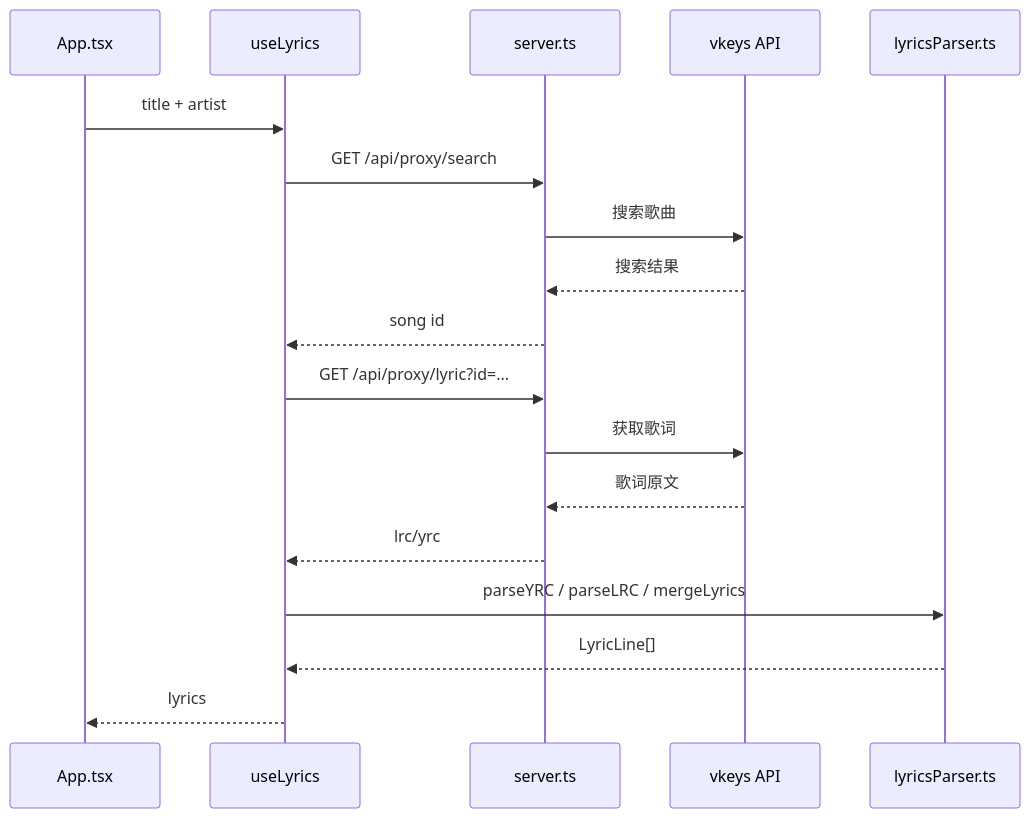
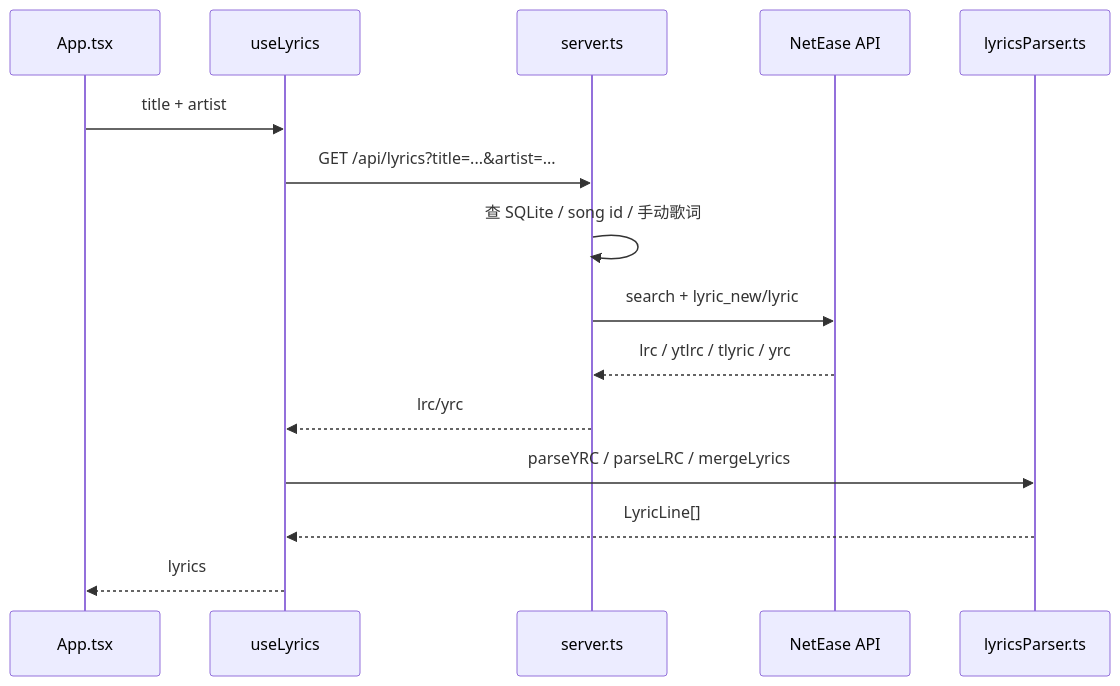
Before and after one commit to LingYuWings/Radiflow-Player: the fourth of 4 diagrams in DOCUMENT.md, drawn with Mermaid. The commit also changed other lines of this file and 41 other files, not shown here.

First line of the commit message:
Integrate NetEase service and update docs

````diff
--- a/DOCUMENT.md
+++ b/DOCUMENT.md
@@ -480,21 +495,18 @@
 ```mermaid
 sequenceDiagram
   participant App as App.tsx
   participant Hook as useLyrics
   participant API as server.ts
-  participant External as vkeys API
+  participant NetEase as NetEase API
   participant Parser as lyricsParser.ts
 
   App->>Hook: title + artist
-  Hook->>API: GET /api/proxy/search
-  API->>External: 搜索歌曲
-  External-->>API: 搜索结果
-  API-->>Hook: song id
-  Hook->>API: GET /api/proxy/lyric?id=...
-  API->>External: 获取歌词
-  External-->>API: 歌词原文
+  Hook->>API: GET /api/lyrics?title=...&artist=...
+  API->>API: 查 SQLite / song id / 手动歌词
+  API->>NetEase: search + lyric_new/lyric
+  NetEase-->>API: lrc / ytlrc / tlyric / yrc
   API-->>Hook: lrc/yrc
   Hook->>Parser: parseYRC / parseLRC / mergeLyrics
   Parser-->>Hook: LyricLine[]
   Hook-->>App: lyrics
 ```
````
